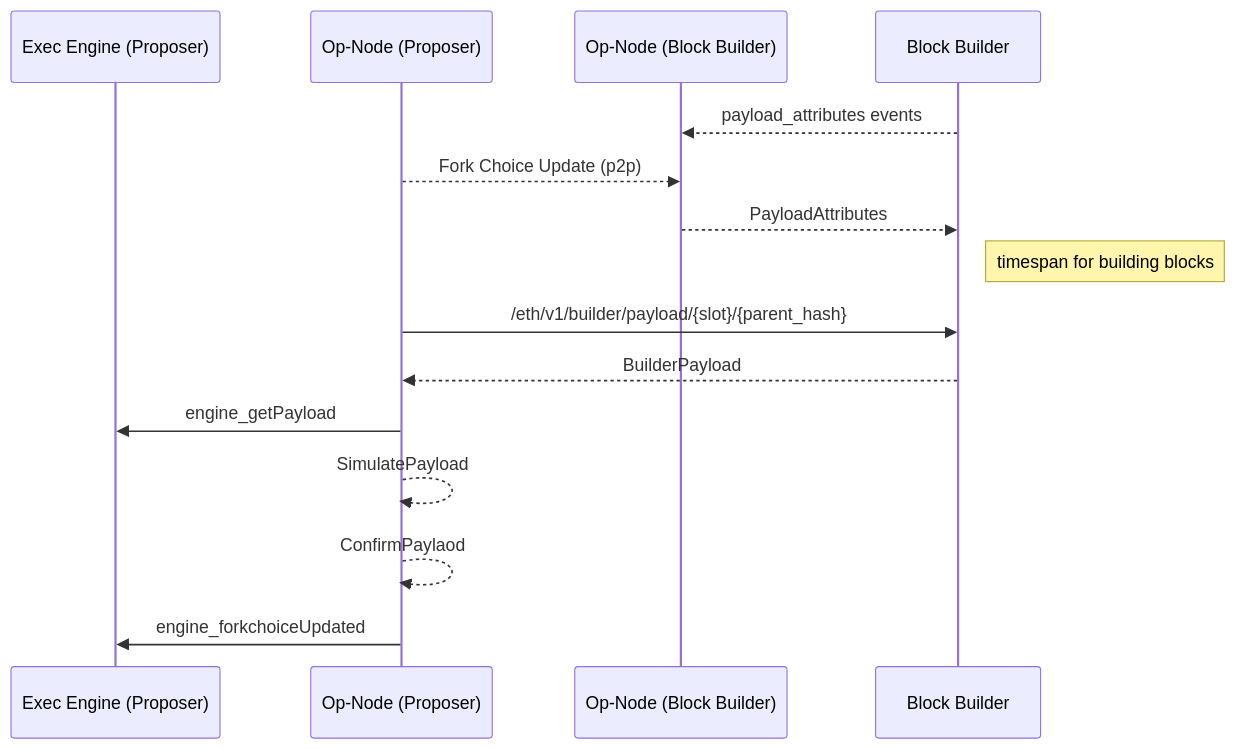
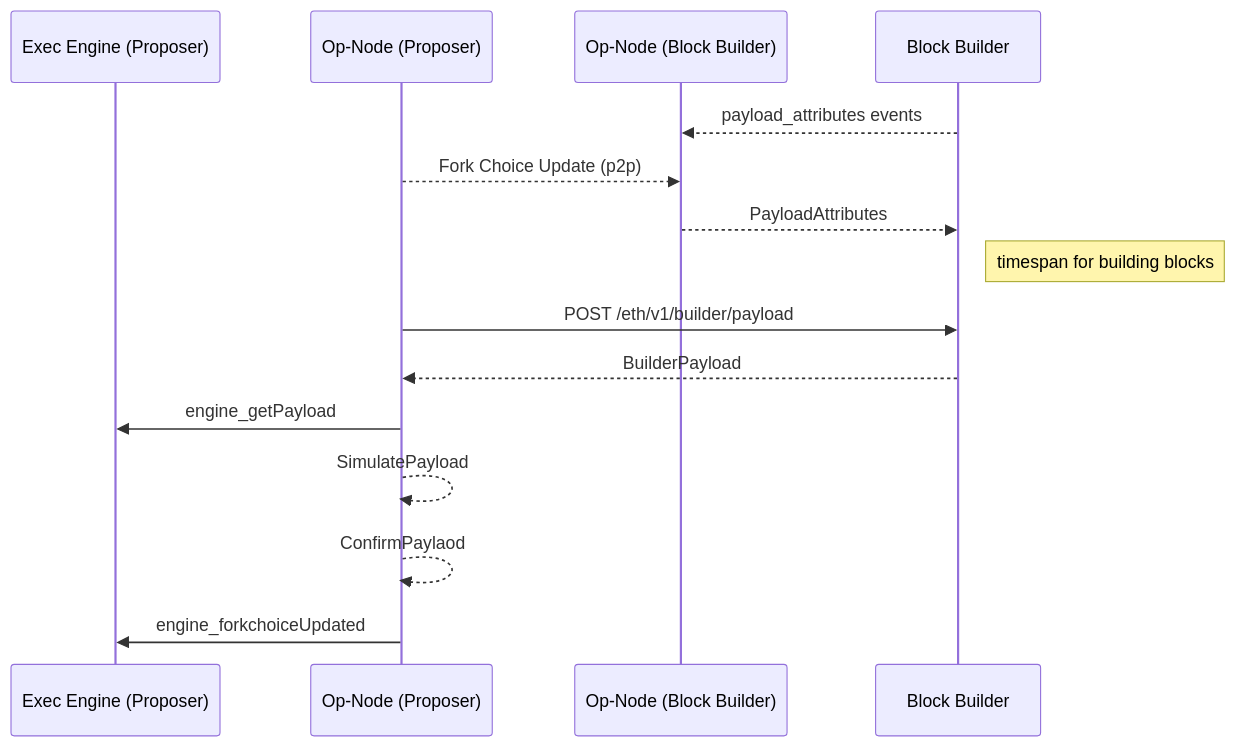
One commit to optimism-java/shisui changed the diagram in builder/README.md. Above: the diagram before and after it, drawn with Mermaid. The commit also changed other lines of this file and 17 other files, not shown here.

Commit message:
Add proposer authentication to builder payload

````diff
--- a/builder/README.md
+++ b/builder/README.md
@@ -13,18 +13,18 @@
 ```mermaid
 sequenceDiagram
     participant EES as Exec Engine (Proposer)
     participant OPS as Op-Node (Proposer)
     participant OPB as Op-Node (Block Builder)
     participant BB as Block Builder
     BB-->>OPB: payload_attributes events
     OPS-->> OPB: Fork Choice Update (p2p)
     OPB-->>BB: PayloadAttributes
     
     Note right of BB: timespan for building blocks
-    OPS->> BB: /eth/v1/builder/payload/{slot}/{parent_hash}
+    OPS->> BB: POST /eth/v1/builder/payload
     BB-->>OPS: BuilderPayload
     OPS->> EES: engine_getPayload
     OPS-->>OPS: SimulatePayload
     OPS-->>OPS: ConfirmPaylaod
     OPS ->> EES: engine_forkchoiceUpdated
 ```
````
